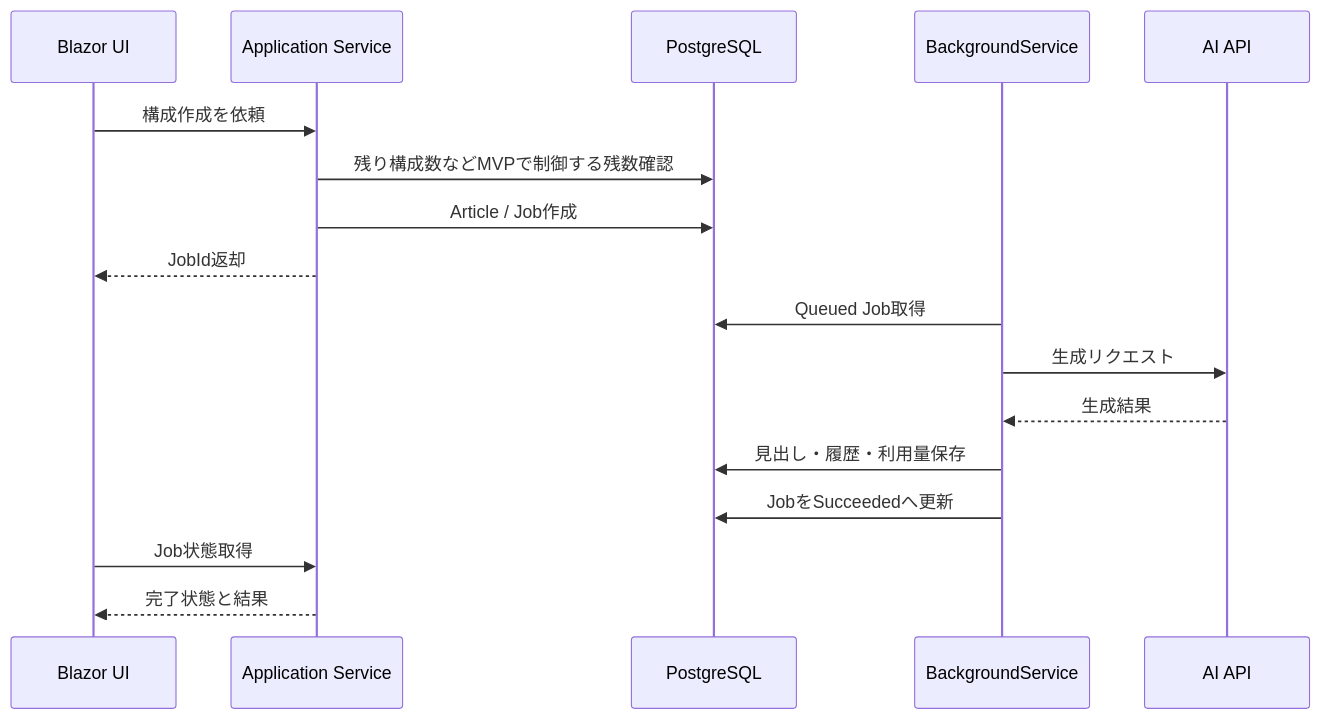
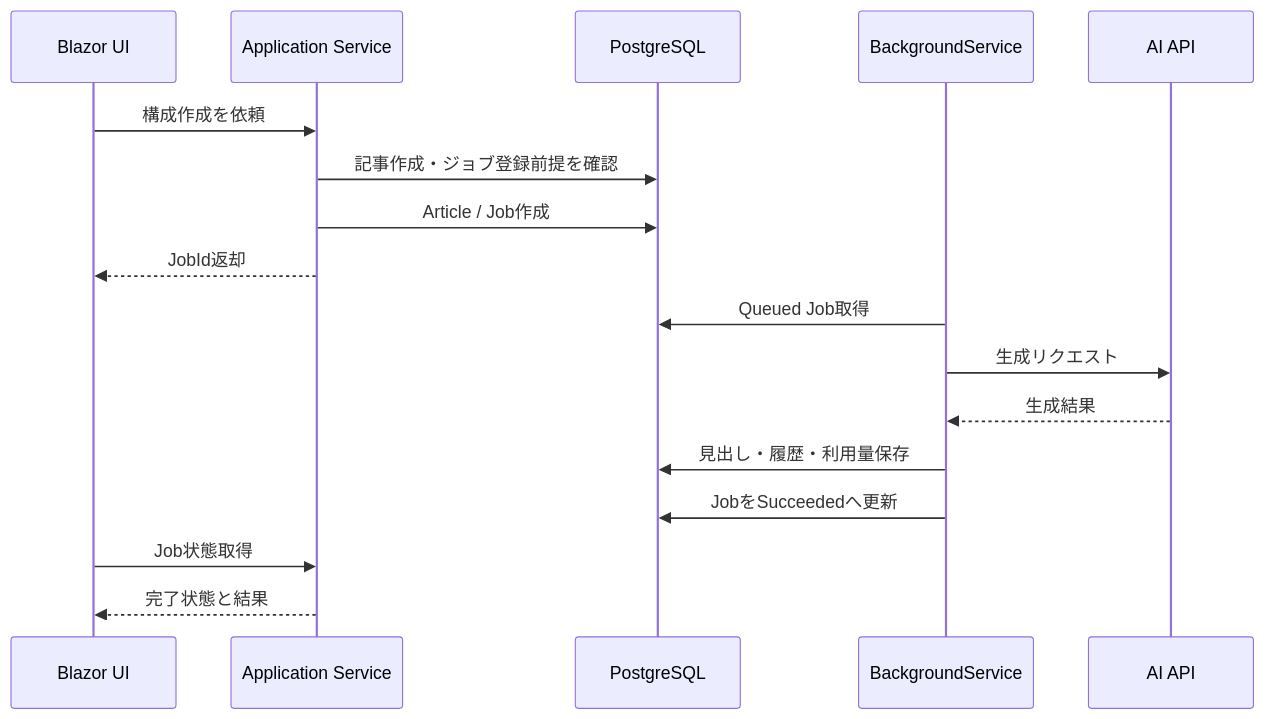
The second of 2 diagrams in docs/basic-design.md (Cat5Dog2/web-writing-tool), drawn with Mermaid before and after one commit. The commit also changed other lines of this file and 21 other files, not shown here.

````diff
--- a/docs/basic-design.md
+++ b/docs/basic-design.md
@@ -765,20 +764,20 @@
 ```mermaid
 sequenceDiagram
     participant UI as Blazor UI
     participant App as Application Service
     participant DB as PostgreSQL
     participant Worker as BackgroundService
     participant AI as AI API
 
     UI->>App: 構成作成を依頼
-    App->>DB: 残り構成数などMVPで制御する残数確認
+    App->>DB: 記事作成・ジョブ登録前提を確認
     App->>DB: Article / Job作成
     App-->>UI: JobId返却
     Worker->>DB: Queued Job取得
     Worker->>AI: 生成リクエスト
     AI-->>Worker: 生成結果
     Worker->>DB: 見出し・履歴・利用量保存
     Worker->>DB: JobをSucceededへ更新
     UI->>App: Job状態取得
     App-->>UI: 完了状態と結果
 ```
````
